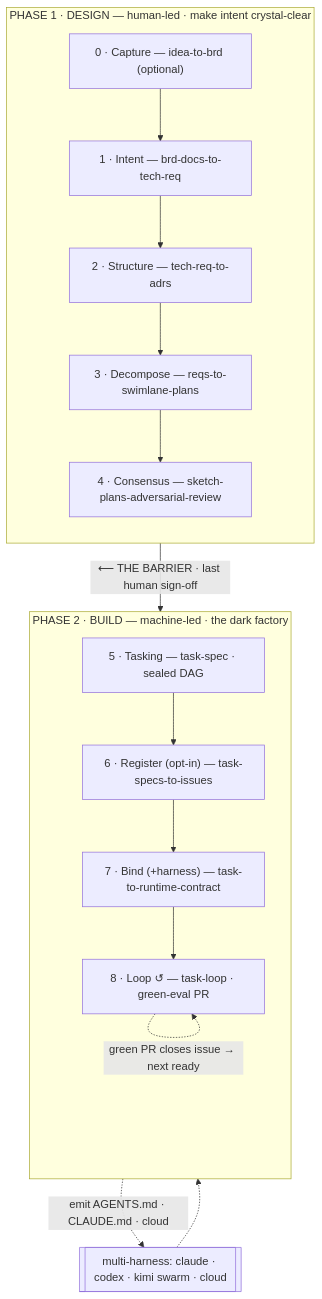
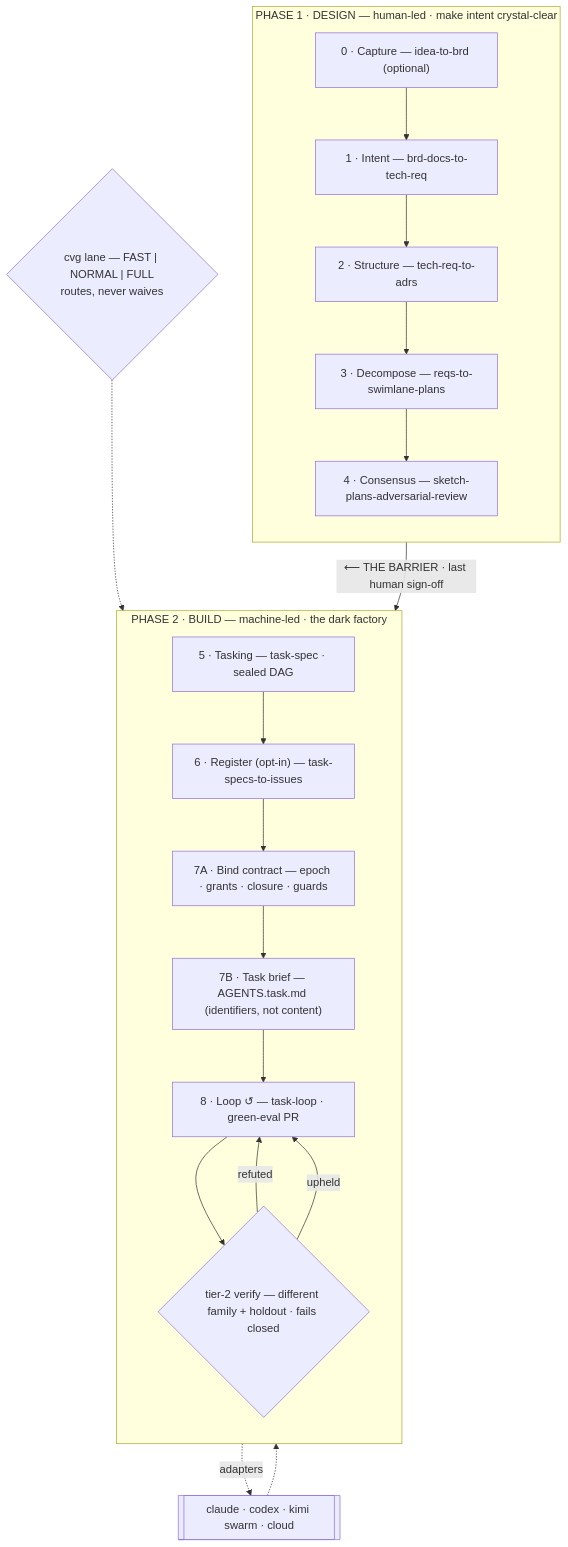
Before and after one commit to cb2204/converge: the diagram in README.md, drawn with Mermaid. The commit also changed other lines of this file and 15 other files, not shown here.

First line of the commit message:
feat(pass7+8): task brief, read-only check, tier-2 verifier, lane routing

````diff
--- a/README.md
+++ b/README.md
@@ -84,24 +84,28 @@
 ```mermaid
 flowchart TB
   subgraph DESIGN["PHASE 1 · DESIGN — human-led · make intent crystal-clear"]
     direction TB
     P0["0 · Capture — idea-to-brd (optional)"]
     P1["1 · Intent — brd-docs-to-tech-req"]
     P2["2 · Structure — tech-req-to-adrs"]
     P3["3 · Decompose — reqs-to-swimlane-plans"]
     P4["4 · Consensus — sketch-plans-adversarial-review"]
     P0 --> P1 --> P2 --> P3 --> P4
   end
   P4 -->|"⟵ THE BARRIER · last human sign-off"| P5
   subgraph BUILD["PHASE 2 · BUILD — machine-led · the dark factory"]
     direction TB
     P5["5 · Tasking — task-spec · sealed DAG"]
     P6["6 · Register (opt-in) — task-specs-to-issues"]
-    P7["7 · Bind (+harness) — task-to-runtime-contract"]
+    P7["7A · Bind contract — epoch · grants · closure · guards"]
+    P7B["7B · Task brief — AGENTS.task.md (identifiers, not content)"]
     P8["8 · Loop ↺ — task-loop · green-eval PR"]
-    P5 --> P6 --> P7 --> P8
+    VER{"tier-2 verify — different family + holdout · fails closed"}
+    P5 --> P6 --> P7 --> P7B --> P8 --> VER
   end
-  P7 -.->|"emit AGENTS.md · CLAUDE.md · cloud"| H[["multi-harness: claude · codex · kimi swarm · cloud"]]
+  LANE{"cvg lane — FAST | NORMAL | FULL<br/>routes, never waives"} -.-> P5
+  P7B -.->|"adapters"| H[["claude · codex · kimi swarm · cloud"]]
   H -.-> P8
-  P8 -.->|"green PR closes issue → next ready"| P8
+  VER -->|refuted| P8
+  VER -->|upheld| P8
 ```
````
